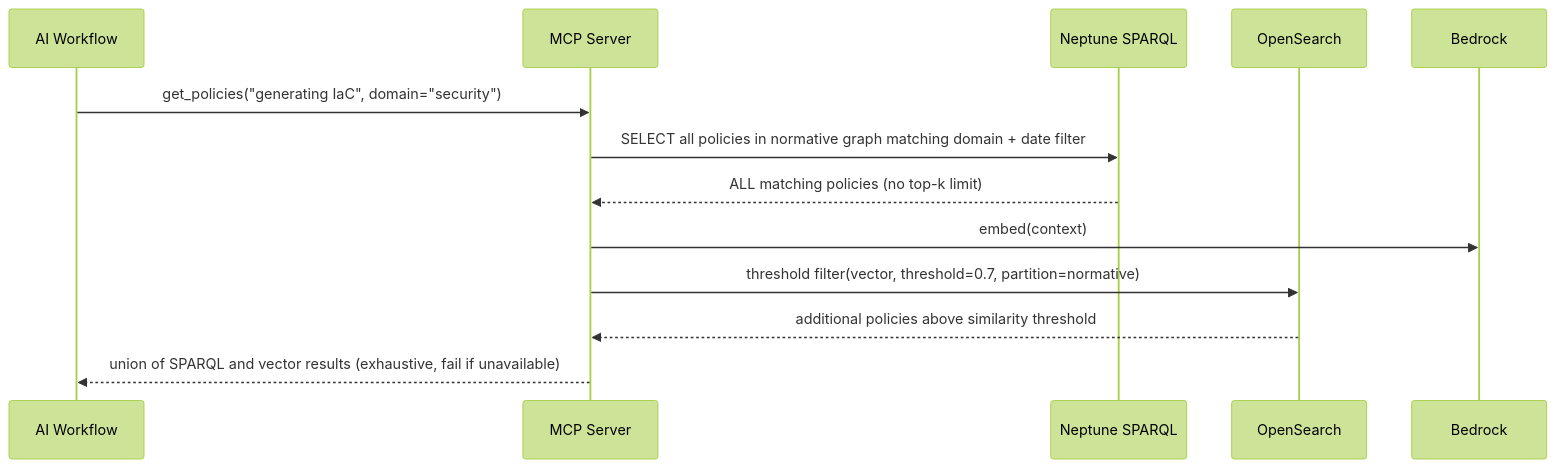
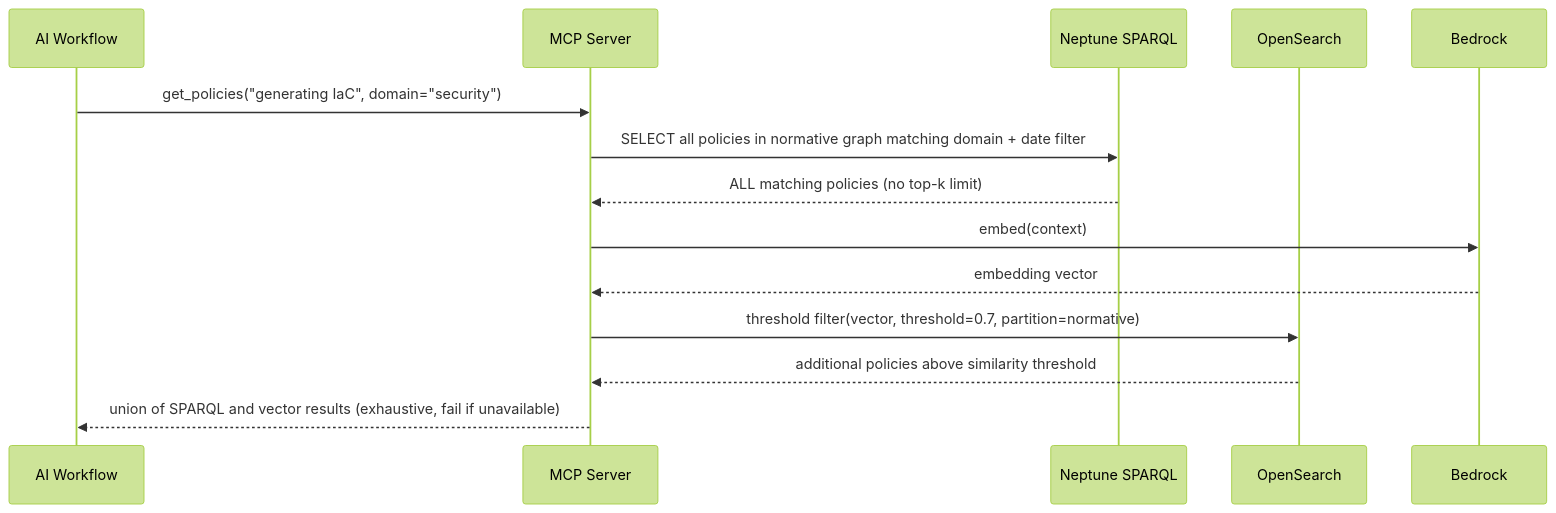
The third of 5 diagrams in docs/architecture/biz-ops-knowledge-graph/design.md (eugenelim/graphrag-aws-template), drawn with Mermaid (forest theme) before and after one commit. The commit also changed other lines of this file, not shown here.

First line of the commit message:
fix(docs): remediate 7 Mermaid diagram defects in biz-ops-knowledge-graph design

````diff
--- a/docs/architecture/biz-ops-knowledge-graph/design.md
+++ b/docs/architecture/biz-ops-knowledge-graph/design.md
@@ -472,16 +473,17 @@
 ```mermaid
 sequenceDiagram
     participant C as AI Workflow
     participant M as MCP Server
     participant NP as Neptune SPARQL
     participant OS as OpenSearch
     participant BD as Bedrock
 
     C->>M: get_policies("generating IaC", domain="security")
     M->>NP: SELECT all policies in normative graph matching domain + date filter
     NP-->>M: ALL matching policies (no top-k limit)
     M->>BD: embed(context)
+    BD-->>M: embedding vector
     M->>OS: threshold filter(vector, threshold=0.7, partition=normative)
     OS-->>M: additional policies above similarity threshold
     M-->>C: union of SPARQL and vector results (exhaustive, fail if unavailable)
 ```
````
